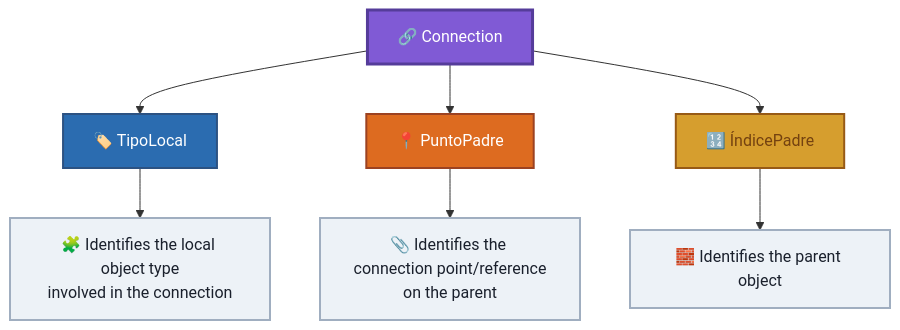
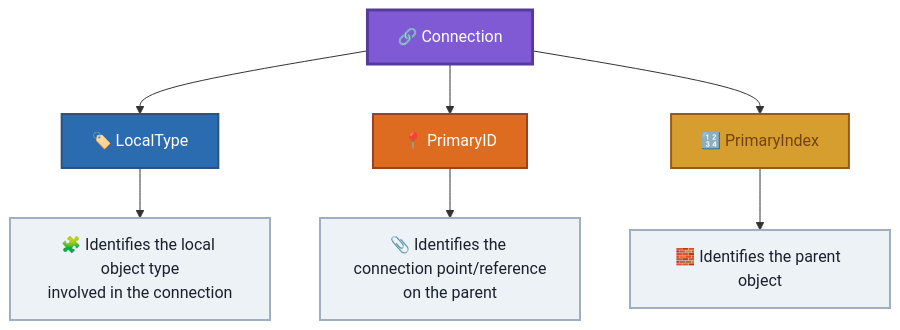
The second of 11 diagrams in research/discoveries.md (JuanCrakYT/RtG-Format), drawn with Mermaid before and after one commit. The commit also changed other lines of this file and 11 other files, not shown here.

````diff
--- a/research/discoveries.md
+++ b/research/discoveries.md
@@ -104,22 +104,22 @@
 ```mermaid
 flowchart TD
-    CONNECTION["🔗 Connection"] --> LOCAL["🏷️ TipoLocal"]
-    CONNECTION --> POINT["📍 PuntoPadre"]
-    CONNECTION --> INDEX["🔢 ÍndicePadre"]
+    CONNECTION["🔗 Connection"] --> LOCAL["🏷️ LocalType"]
+    CONNECTION --> POINT["📍 PrimaryID"]
+    CONNECTION --> INDEX["🔢 PrimaryIndex"]
 
     LOCAL --> LOCALTYPE["🧩 Identifies the local object type<br/>involved in the connection"]
     POINT --> PARENTPOINT["📎 Identifies the connection point/reference<br/>on the parent"]
     INDEX --> PARENTOBJECT["🧱 Identifies the parent object"]
 
     classDef connection fill:#805ad5,color:#fff,stroke:#553c9a,stroke-width:3px;
     classDef local fill:#2b6cb0,color:#fff,stroke:#2c5282,stroke-width:2px;
     classDef point fill:#dd6b20,color:#fff,stroke:#9c4221,stroke-width:2px;
     classDef index fill:#d69e2e,color:#744210,stroke:#975a16,stroke-width:2px;
     classDef detail fill:#edf2f7,color:#1a202c,stroke:#a0aec0,stroke-width:2px;
 
     class CONNECTION connection;
     class LOCAL local;
     class POINT point;
     class INDEX index;
     class LOCALTYPE,PARENTPOINT,PARENTOBJECT detail;
 ```
````
